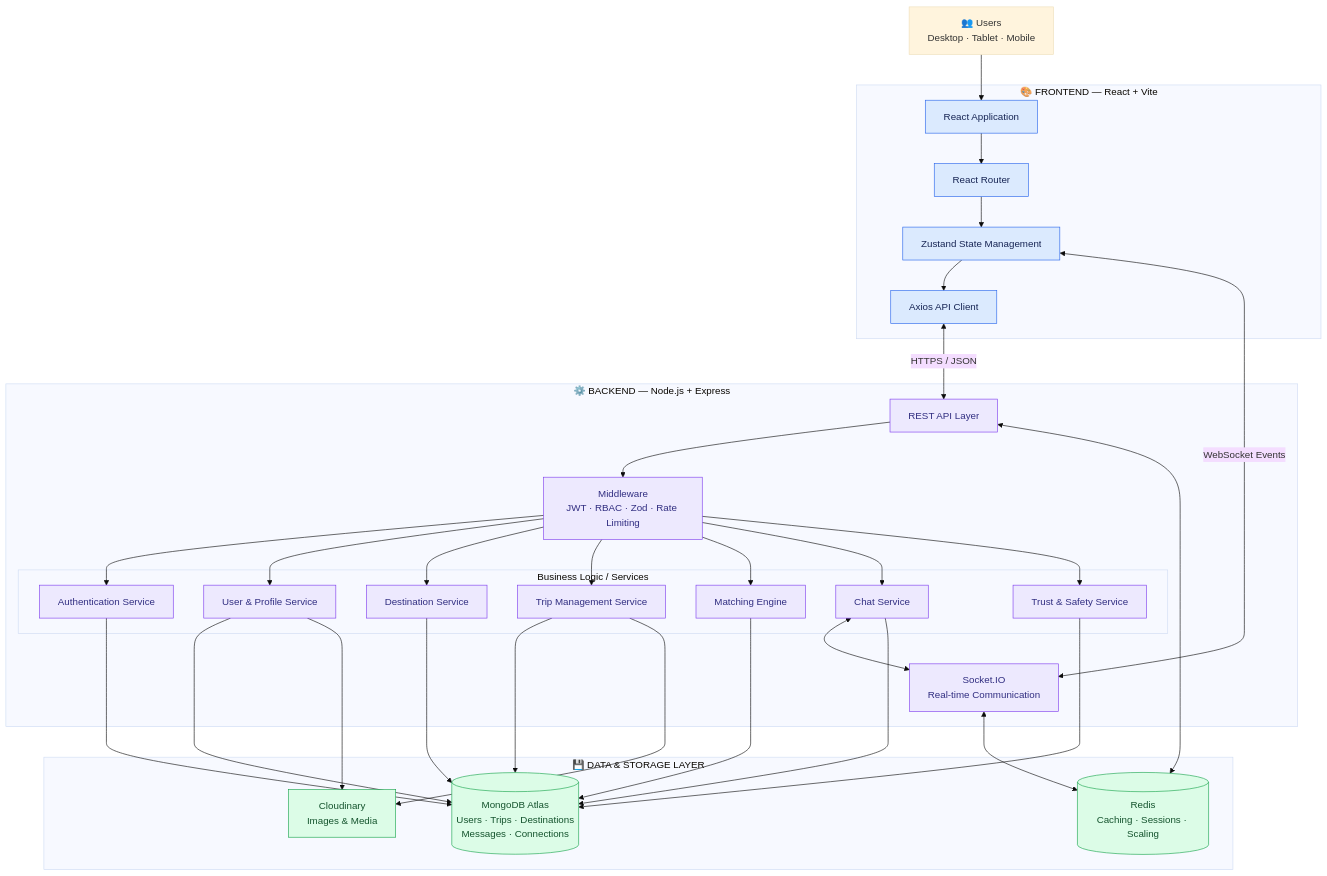
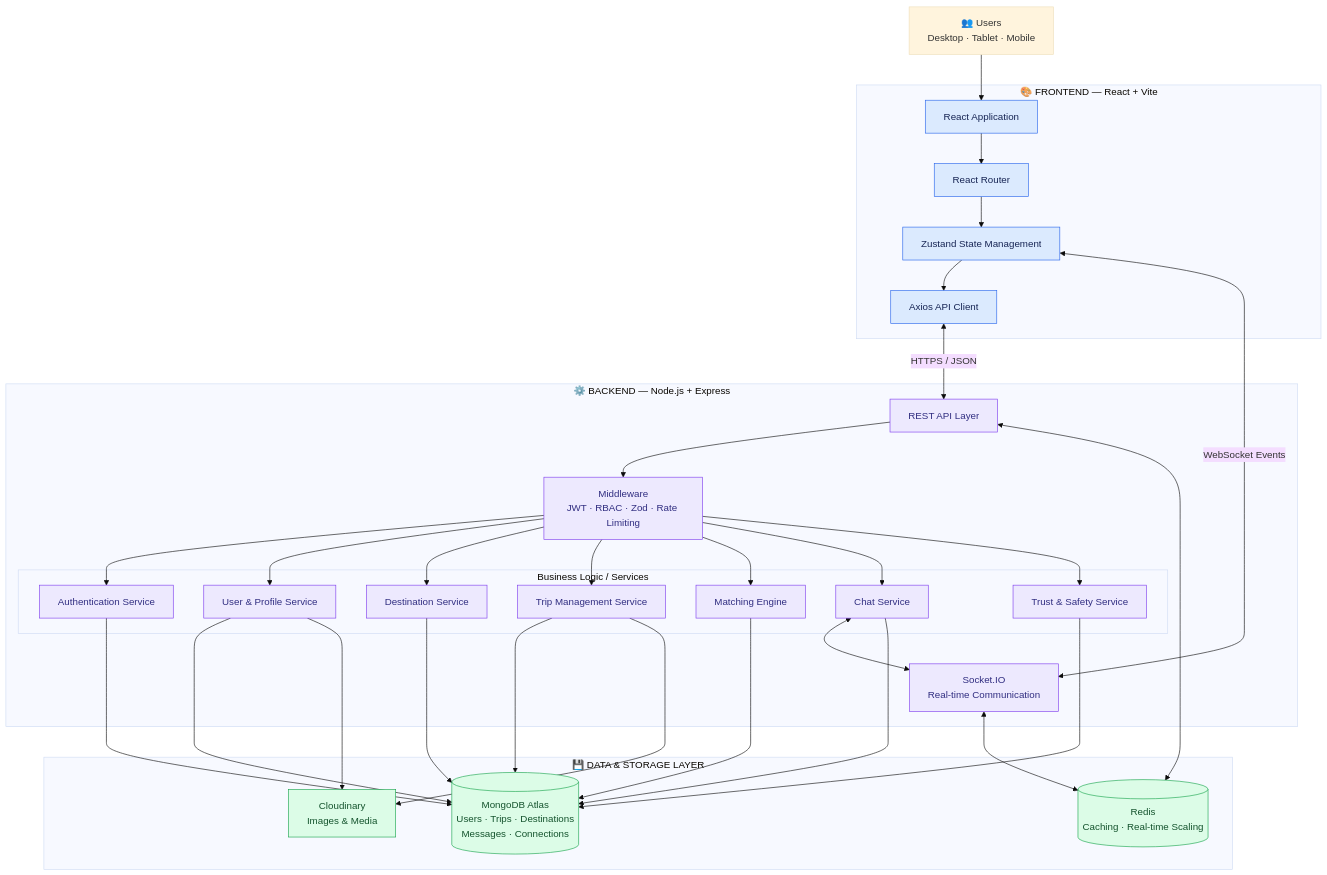
Before and after one commit to ashutoshdeepu256-coder/Trip-Buddy: the first of 3 diagrams in README.md, drawn with Mermaid (base theme). The commit also changed other lines of this file, not shown here.

````diff
--- a/README.md
+++ b/README.md
@@ -140,73 +147,76 @@
 ```mermaid
 flowchart TB
     U["👥 Users<br/>Desktop · Tablet · Mobile"]
 
     subgraph FRONTEND["🎨 FRONTEND — React + Vite"]
         UI["React Application"]
         ROUTER["React Router"]
         STATE["Zustand State Management"]
         AXIOS["Axios API Client"]
+
         UI --> ROUTER
         ROUTER --> STATE
         STATE --> AXIOS
     end
 
     subgraph BACKEND["⚙️ BACKEND — Node.js + Express"]
         API["REST API Layer"]
         MW["Middleware<br/>JWT · RBAC · Zod · Rate Limiting"]
-        
+
         subgraph SERVICES["Business Logic / Services"]
             AUTH["Authentication Service"]
             USER["User & Profile Service"]
             DEST["Destination Service"]
             TRIP["Trip Management Service"]
             MATCH["Matching Engine"]
             CHAT["Chat Service"]
             SAFETY["Trust & Safety Service"]
         end
 
         SOCKET["Socket.IO<br/>Real-time Communication"]
 
         API --> MW
         MW --> AUTH
         MW --> USER
         MW --> DEST
         MW --> TRIP
         MW --> MATCH
         MW --> CHAT
         MW --> SAFETY
+
         CHAT <--> SOCKET
     end
 
-    subgraph DATA["💾 DATA & STORAGE LAYER"]
+    subgraph STORAGE["💾 DATA & STORAGE LAYER"]
         DB[("MongoDB Atlas<br/>Users · Trips · Destinations<br/>Messages · Connections")]
-        REDIS[("Redis<br/>Caching · Sessions · Scaling")]
+        REDIS[("Redis<br/>Caching · Real-time Scaling")]
         CLOUD["Cloudinary<br/>Images & Media"]
     end
 
     U --> UI
+
     AXIOS <-->|"HTTPS / JSON"| API
     STATE <-->|"WebSocket Events"| SOCKET
 
     AUTH --> DB
     USER --> DB
     DEST --> DB
     TRIP --> DB
     MATCH --> DB
     CHAT --> DB
     SAFETY --> DB
 
     API <--> REDIS
     SOCKET <--> REDIS
 
     USER --> CLOUD
     TRIP --> CLOUD
 
     classDef frontend fill:#dbeafe,stroke:#2563eb,color:#172554
     classDef backend fill:#ede9fe,stroke:#7c3aed,color:#312e81
-    classDef database fill:#dcfce7,stroke:#16a34a,color:#14532d
+    classDef storage fill:#dcfce7,stroke:#16a34a,color:#14532d
 
     class UI,ROUTER,STATE,AXIOS frontend
     class API,MW,AUTH,USER,DEST,TRIP,MATCH,CHAT,SAFETY,SOCKET backend
-    class DB,REDIS,CLOUD database
+    class DB,REDIS,CLOUD storage
 ```
````
